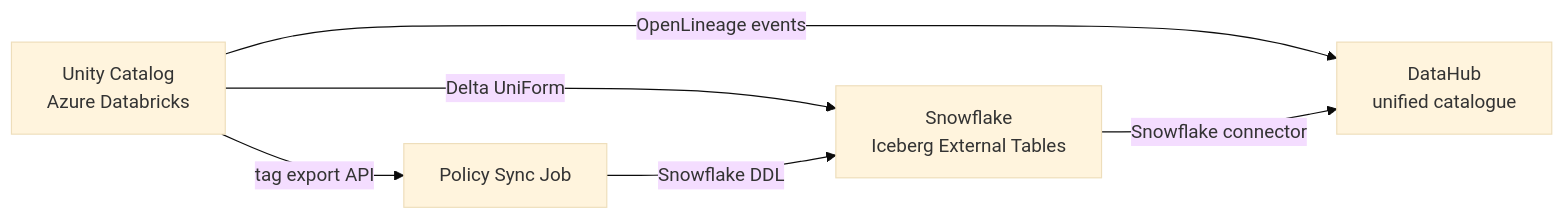
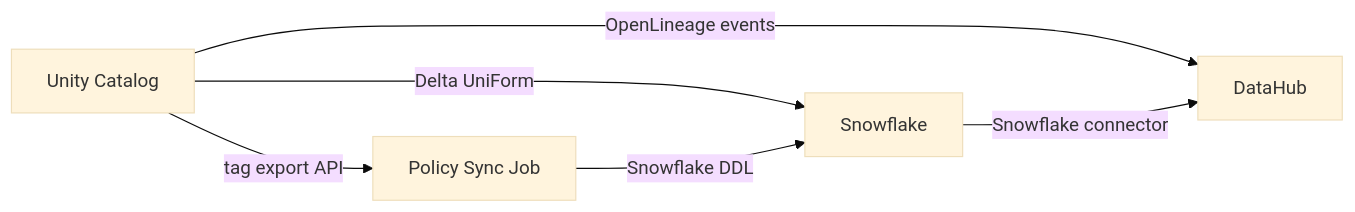
Before and after one commit to gcmishra7/data-engineering-helper: the diagram in 03-governance/06-cross-platform-governance.md, drawn with Mermaid (base theme). The commit also changed other lines of this file and 57 other files, not shown here.

First line of the commit message:
Shorten mermaid node labels to fix text truncation on GitHub

````diff
--- a/03-governance/06-cross-platform-governance.md
+++ b/03-governance/06-cross-platform-governance.md
@@ -8,8 +8,8 @@
 ```mermaid
 graph LR
-    UC[Unity Catalog<br/>Azure Databricks] -->|Delta UniForm| SF[Snowflake<br/>Iceberg External Tables]
-    UC -->|OpenLineage events| DH[DataHub<br/>unified catalogue]
+    UC[Unity Catalog] -->|Delta UniForm| SF[Snowflake]
+    UC -->|OpenLineage events| DH[DataHub]
     SF -->|Snowflake connector| DH
     UC -->|tag export API| SYNC[Policy Sync Job]
     SYNC -->|Snowflake DDL| SF
 ```
````
